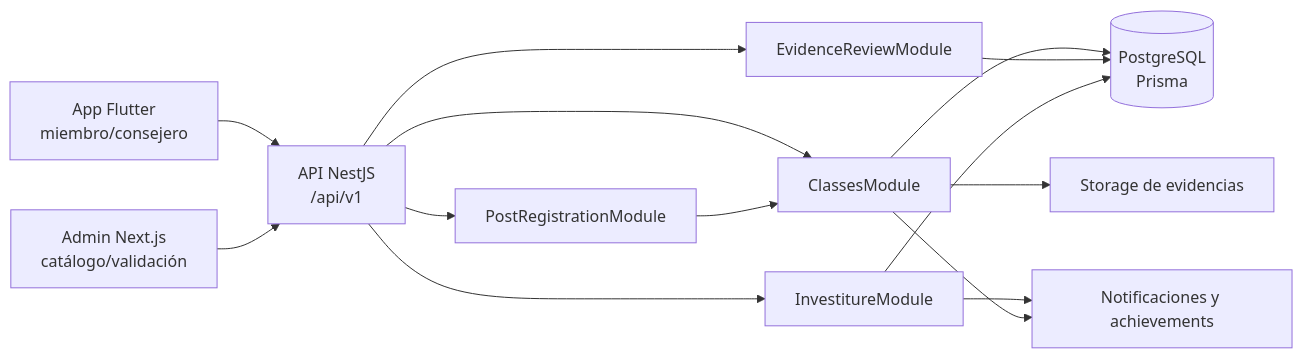
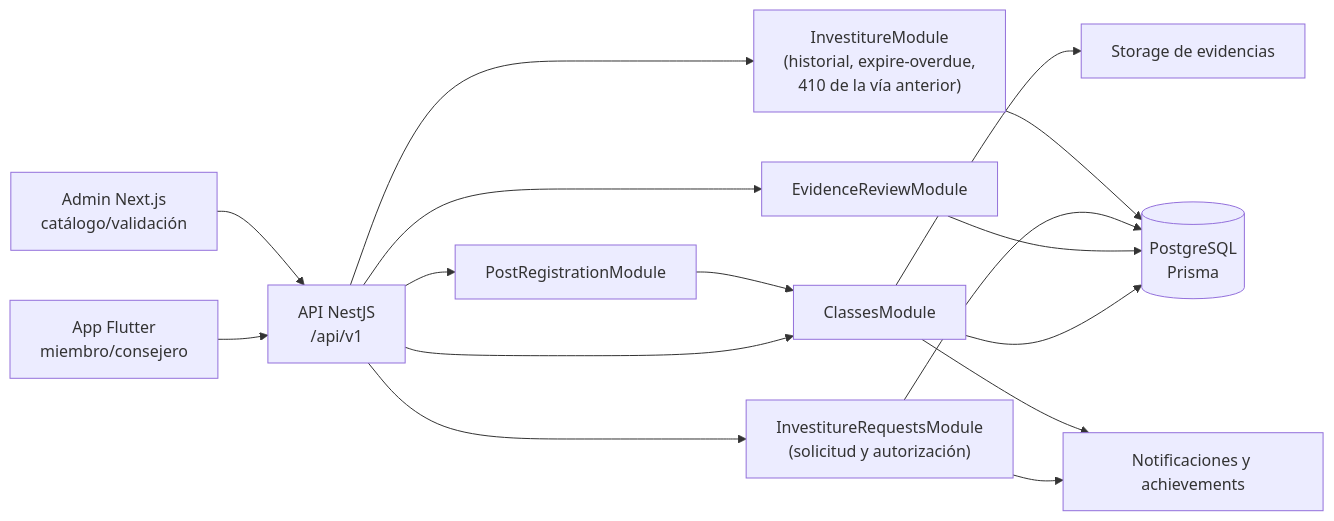
The first of 5 diagrams in docs/features/clases-progresivas-analisis-integral.md (abn-r/sacdia), drawn with Mermaid before and after one commit. The commit also changed other lines of this file and 1 other file, not shown here.

First line of the commit message:
docs(classes): rewrite investiture sections for the authorization model

````diff
--- a/docs/features/clases-progresivas-analisis-integral.md
+++ b/docs/features/clases-progresivas-analisis-integral.md
@@ -117,27 +123,30 @@
 ```mermaid
 flowchart LR
     M["App Flutter\nmiembro/consejero"]
     A["Admin Next.js\ncatálogo/validación"]
     API["API NestJS\n/api/v1"]
     C["ClassesModule"]
     ER["EvidenceReviewModule"]
-    I["InvestitureModule"]
+    I["InvestitureRequestsModule\n(solicitud y autorización)"]
+    IL["InvestitureModule\n(historial, expire-overdue,\n410 de la vía anterior)"]
     PR["PostRegistrationModule"]
     DB[("PostgreSQL\nPrisma")]
     FS["Storage de evidencias"]
     N["Notificaciones y achievements"]
 
     M --> API
     A --> API
     API --> C
     API --> ER
     API --> I
+    API --> IL
     API --> PR
     PR --> C
     C --> DB
     ER --> DB
     I --> DB
+    IL --> DB
     C --> FS
     I --> N
     C --> N
 ```
````
